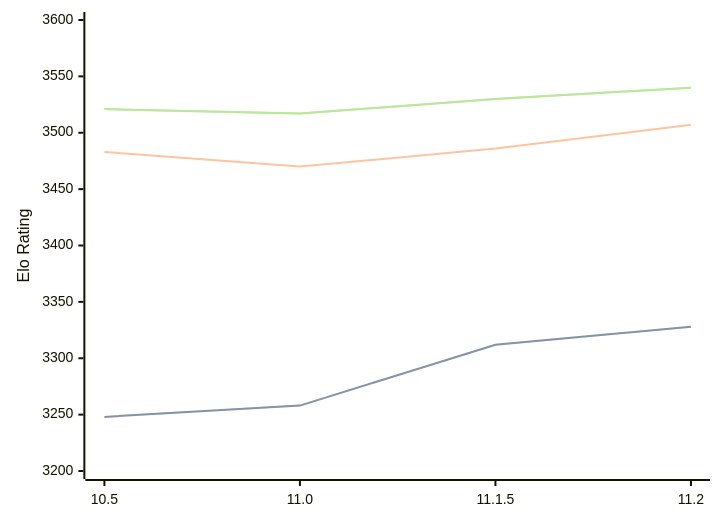
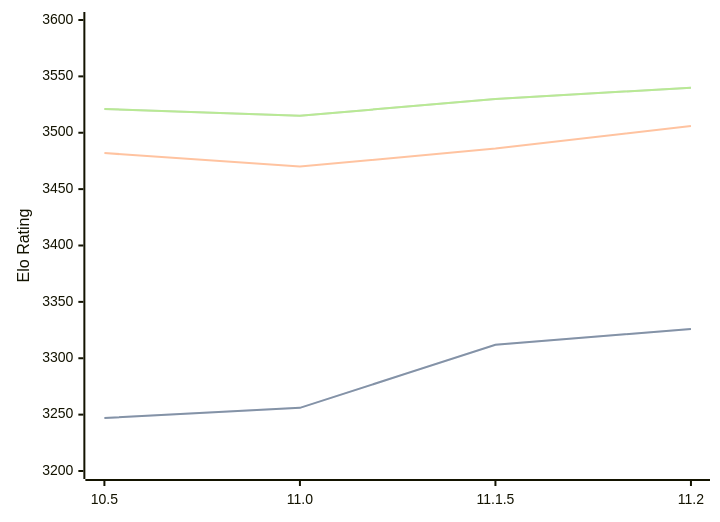
One commit to computer-chess-index/cci changed the diagram in engines/Lizard.md. Above: the diagram before and after it, drawn with Mermaid. The commit also changed other lines of this file, not shown here.

Commit message:
Update CCI Ratings (ELO VLTC) - 2026-03-19

````diff
--- a/engines/Lizard.md
+++ b/engines/Lizard.md
@@ -44,11 +46,11 @@
 ```mermaid
 %%{init: {"theme":"base","themeVariables":{"seriesColors:['#a3a3a3','#222221','#faa371']}}}%%
 xychart-beta
   x-axis ["10.5", "11.0", "11.1.5", "11.2"]
   y-axis "Elo Rating" 3200 --> 3600
-  line "STC (8.0+0.08s)" [3248, 3258, 3312, 3328]
-  line "STC (8.0+0.08s)" [3248, 3258, 3312, 3328]
-  line "LTC (60.0+0.60s)" [3483, 3470, 3486, 3507]
-  line "VLTC (2m24s+1.12s)" [3521, 3517, 3530, 3540]
-  line "VLTC (2m24s+1.12s)" [3521, 3517, 3530, 3540]
+  line "STC (8.0+0.08s)" [3247, 3256, 3312, 3326]
+  line "STC (8.0+0.08s)" [3247, 3256, 3312, 3326]
+  line "LTC (60.0+0.60s)" [3482, 3470, 3486, 3506]
+  line "VLTC (2m24s+1.12s)" [3521, 3515, 3530, 3540]
+  line "VLTC (2m24s+1.12s)" [3521, 3515, 3530, 3540]
 ```
````
